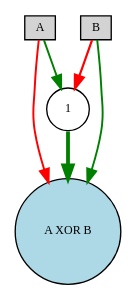
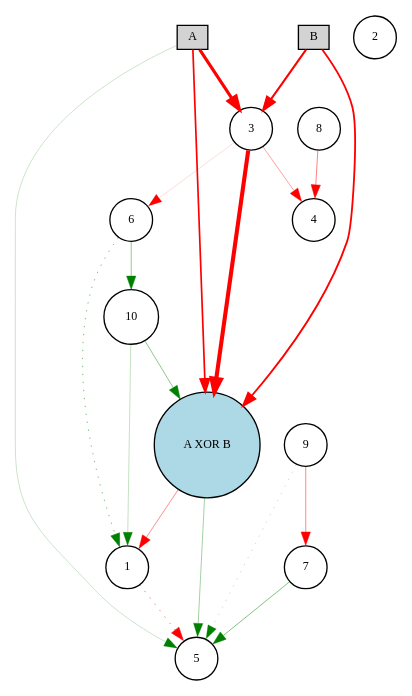
Before and after one commit to rogamba/neuropy: the diagram in simulations/xor/plots/winner.gv, drawn with Graphviz. The commit also changed 20 other files, not shown here.

```diff
--- a/simulations/xor/plots/winner.gv
+++ b/simulations/xor/plots/winner.gv
@@ -1,12 +1,35 @@
 digraph {
 	node [fontsize=9 height=0.2 shape=circle width=0.2]
 	A [fillcolor=lightgray shape=box style=filled]
 	B [fillcolor=lightgray shape=box style=filled]
 	"A XOR B" [fillcolor=lightblue style=filled]
 	1 [fillcolor=white style=filled]
-		B -> 1 [color=red penwidth=1.6350698866877504 style=solid]
-		A -> 1 [color=green penwidth=1.4582082671313756 style=solid]
-		B -> "A XOR B" [color=green penwidth=1.4500861497076127 style=solid]
-		1 -> "A XOR B" [color=green penwidth=2.8815148563127564 style=solid]
-		A -> "A XOR B" [color=red penwidth=1.467981980467618 style=solid]
+	2 [fillcolor=white style=filled]
+	3 [fillcolor=white style=filled]
+	4 [fillcolor=white style=filled]
+	5 [fillcolor=white style=filled]
+	6 [fillcolor=white style=filled]
+	7 [fillcolor=white style=filled]
+	8 [fillcolor=white style=filled]
+	9 [fillcolor=white style=filled]
+	10 [fillcolor=white style=filled]
+		"A XOR B" -> 1 [color=red penwidth=0.34042900297194345 style=solid]
+		A -> 3 [color=red penwidth=2.361088036224753 style=solid]
+		A -> "A XOR B" [color=red penwidth=1.2700415488114063 style=solid]
+		B -> 3 [color=red penwidth=1.5384045713753203 style=solid]
+		6 -> 1 [color=green penwidth=0.3914113508705699 style=dotted]
+		6 -> 10 [color=green penwidth=0.3215864679178125 style=solid]
+		B -> "A XOR B" [color=red penwidth=1.3754806810842222 style=solid]
+		3 -> "A XOR B" [color=red penwidth=3.076000137655716 style=solid]
+		3 -> 6 [color=red penwidth=0.10745904209681033 style=solid]
+		1 -> 5 [color=red penwidth=0.4169075845438509 style=dotted]
+		7 -> 5 [color=green penwidth=0.36596897768192926 style=solid]
+		"A XOR B" -> 5 [color=green penwidth=0.2679431117694656 style=solid]
+		A -> 5 [color=green penwidth=0.15508743019794363 style=solid]
+		10 -> "A XOR B" [color=green penwidth=0.3376952940771255 style=solid]
+		10 -> 1 [color=green penwidth=0.184918349088398 style=solid]
+		9 -> 5 [color=green penwidth=0.17934448773343886 style=dotted]
+		8 -> 4 [color=red penwidth=0.37359818164373115 style=solid]
+		3 -> 4 [color=red penwidth=0.2800661173450299 style=solid]
+		9 -> 7 [color=red penwidth=0.35721632546216 style=solid]
 }
```
